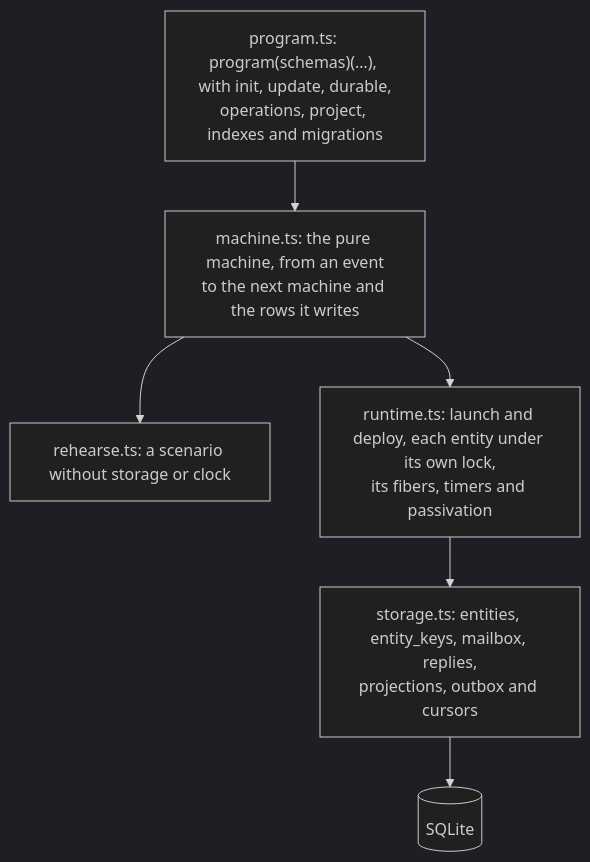
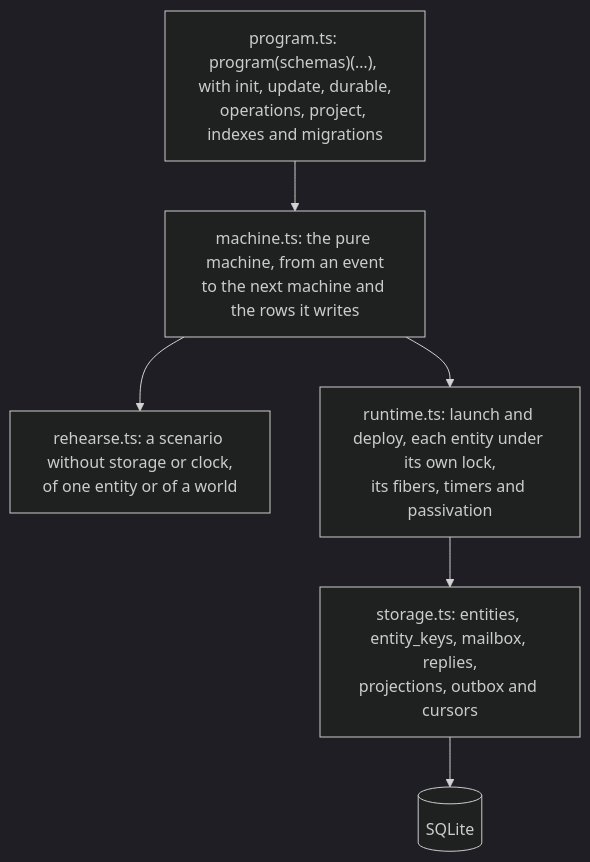
Before and after one commit to fgaudo/effect-tea-durable: the second of 2 diagrams in README.md, drawn with Mermaid (dark theme). The commit also changed 11 other files, not shown here.

````diff
--- a/README.md
+++ b/README.md
@@ -79,15 +79,15 @@
 ```mermaid
 flowchart TB
   program["program.ts: program(schemas)(…), with init, update, durable,<br/>operations, project, indexes and migrations"]
   machine["machine.ts: the pure machine, from an event<br/>to the next machine and the rows it writes"]
-  rehearse["rehearse.ts: a scenario without storage or clock"]
+  rehearse["rehearse.ts: a scenario without storage or clock,<br/>of one entity or of a world"]
   runtime["runtime.ts: launch and deploy, each entity under its own lock,<br/>its fibers, timers and passivation"]
   storage["storage.ts: entities, entity_keys, mailbox, replies,<br/>projections, outbox and cursors"]
   db[(SQLite)]
 
   program --> machine
   machine --> rehearse
   machine --> runtime
   runtime --> storage
   storage --> db
 ```
````
